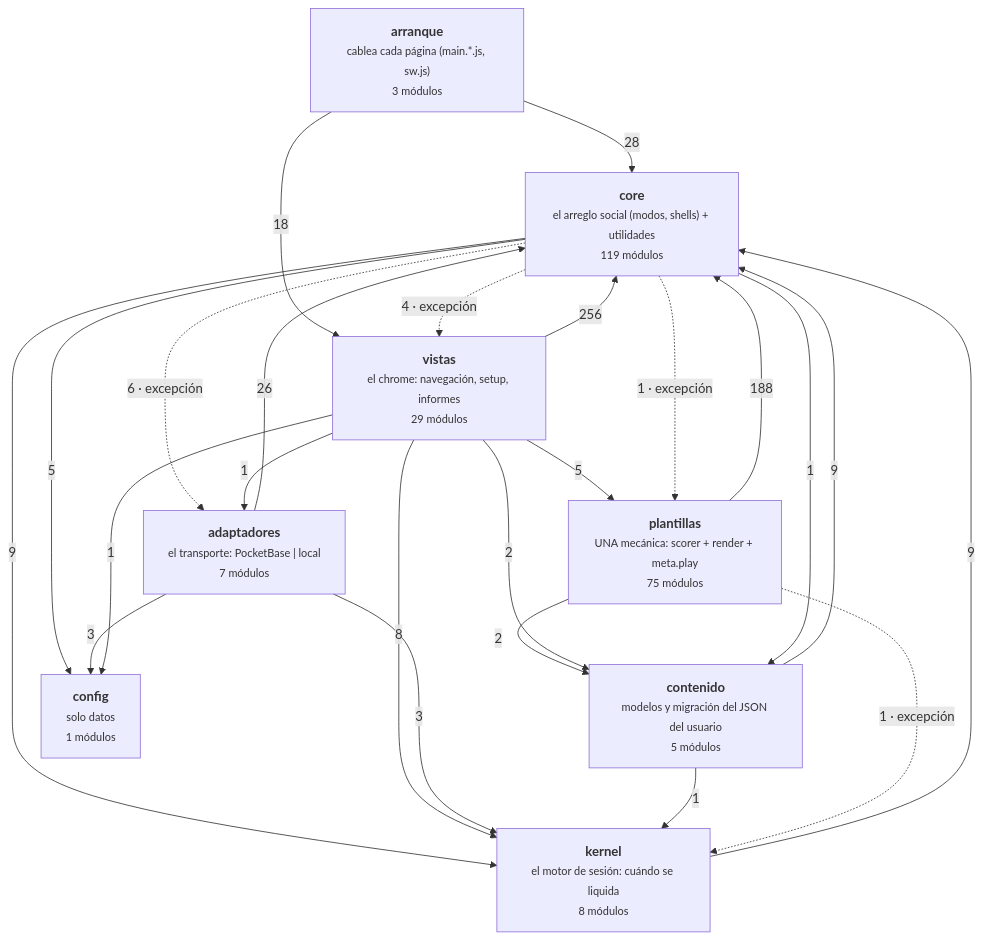
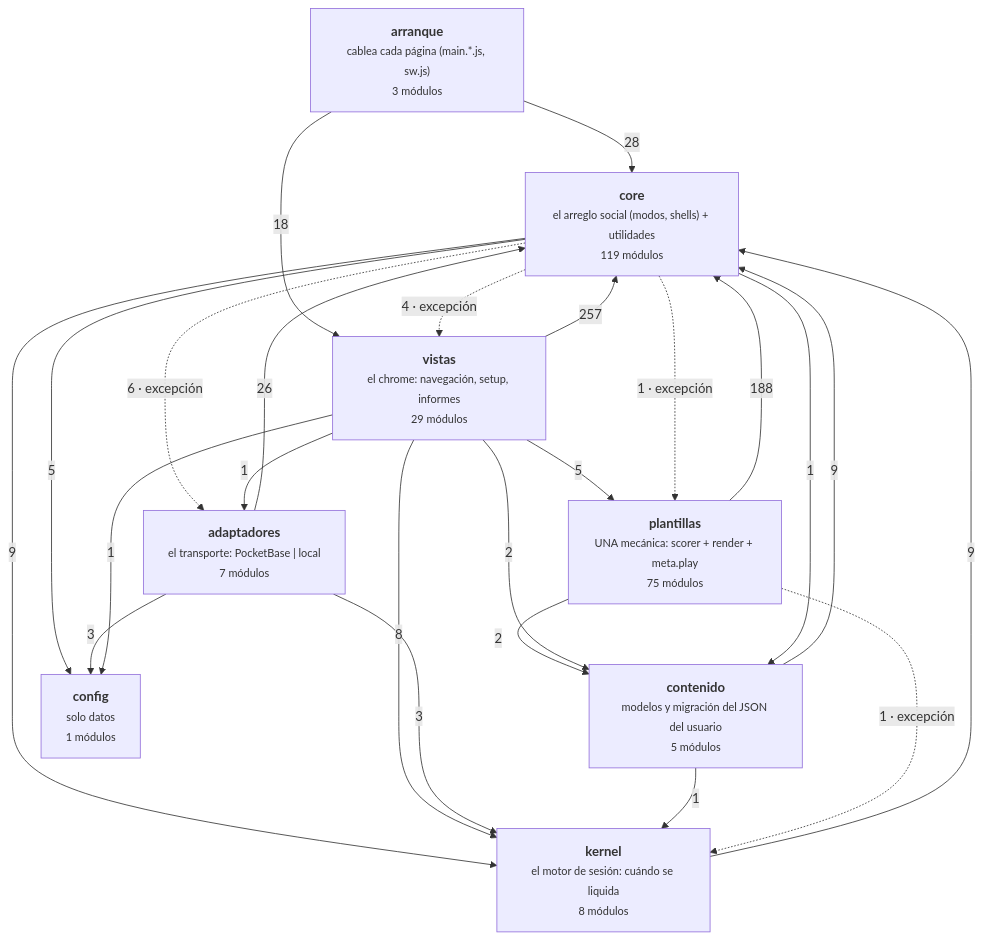
One commit to duecaz/ac changed the diagram in docs/arquitectura-modulos.md. Above: the diagram before and after it, drawn with Mermaid. The commit also changed other lines of this file and 6 other files, not shown here.

````diff
--- a/docs/arquitectura-modulos.md
+++ b/docs/arquitectura-modulos.md
@@ -49,34 +49,34 @@
 ```mermaid
 graph TD
   A["<b>arranque</b><br/><small>cablea cada página (main.*.js, sw.js)</small><br/><small>3 módulos</small>"]
   V["<b>vistas</b><br/><small>el chrome: navegación, setup, informes</small><br/><small>29 módulos</small>"]
   AD["<b>adaptadores</b><br/><small>el transporte: PocketBase | local</small><br/><small>7 módulos</small>"]
   C["<b>core</b><br/><small>el arreglo social (modos, shells) + utilidades</small><br/><small>119 módulos</small>"]
   K["<b>kernel</b><br/><small>el motor de sesión: cuándo se liquida</small><br/><small>8 módulos</small>"]
   T["<b>plantillas</b><br/><small>UNA mecánica: scorer + render + meta.play</small><br/><small>75 módulos</small>"]
   CO["<b>contenido</b><br/><small>modelos y migración del JSON del usuario</small><br/><small>5 módulos</small>"]
   CF["<b>config</b><br/><small>solo datos</small><br/><small>1 módulos</small>"]
-  V -->|256| C
+  V -->|257| C
   T -->|188| C
   A -->|28| C
   AD -->|26| C
   A -->|18| V
   C -->|9| K
   CO -->|9| C
   K -->|9| C
   V -->|8| K
   C -.->|6 · excepción| AD
   C -->|5| CF
   V -->|5| T
   C -.->|4 · excepción| V
   AD -->|3| CF
   AD -->|3| K
   T -->|2| CO
   V -->|2| CO
   C -.->|1 · excepción| T
   C -->|1| CO
   CO -->|1| K
   T -.->|1 · excepción| K
   V -->|1| AD
   V -->|1| CF
 ```
````
